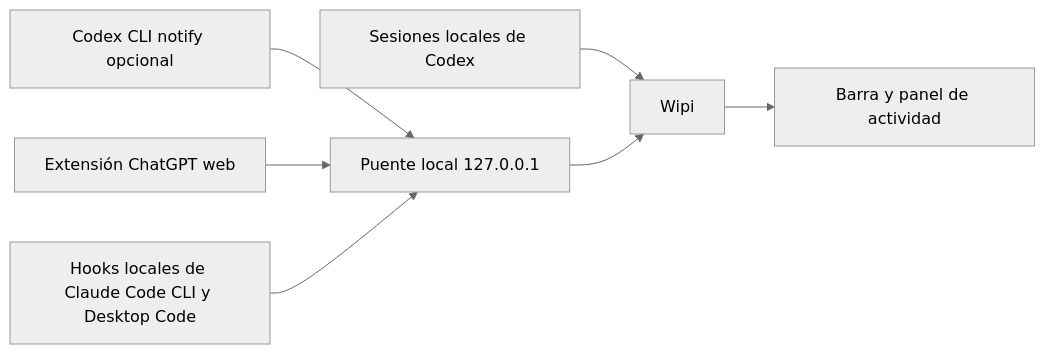
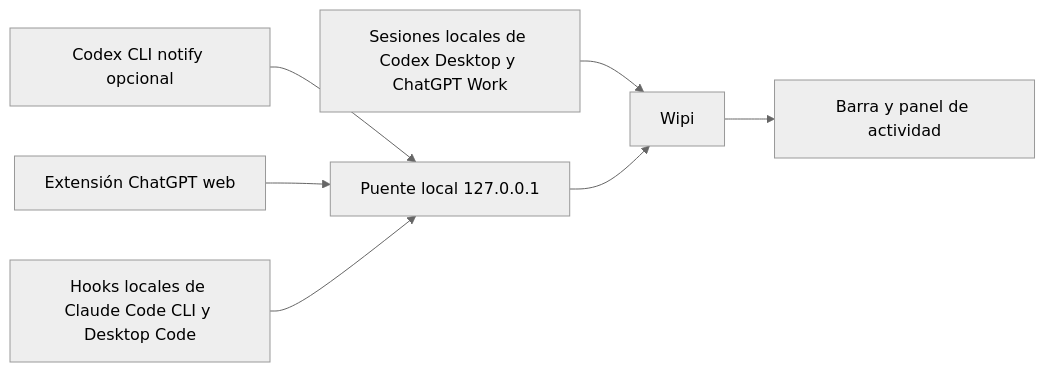
One commit to maxsarlijagit/Wipi changed the diagram in docs/integrations.md. Above: the diagram before and after it, drawn with Mermaid (neutral theme). The commit also changed other lines of this file and 14 other files, not shown here.

````diff
--- a/docs/integrations.md
+++ b/docs/integrations.md
@@ -5,9 +5,9 @@
 ```mermaid
 flowchart LR
-    A[Sesiones locales de Codex] --> B[Wipi]
+    A[Sesiones locales de Codex Desktop y ChatGPT Work] --> B[Wipi]
     C[Codex CLI notify opcional] --> D[Puente local 127.0.0.1]
     E[Extensión ChatGPT web] --> D
     G[Hooks locales de Claude Code CLI y Desktop Code] --> D
     D --> B
     B --> F[Barra y panel de actividad]
 ```
````
